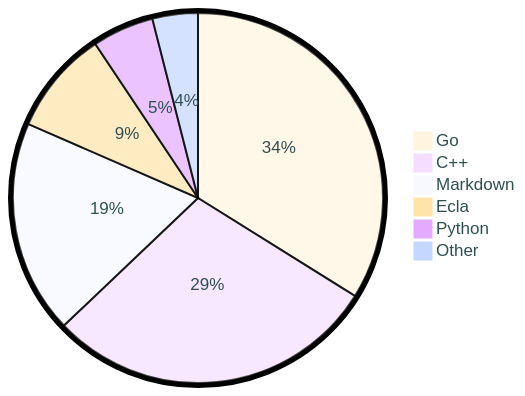
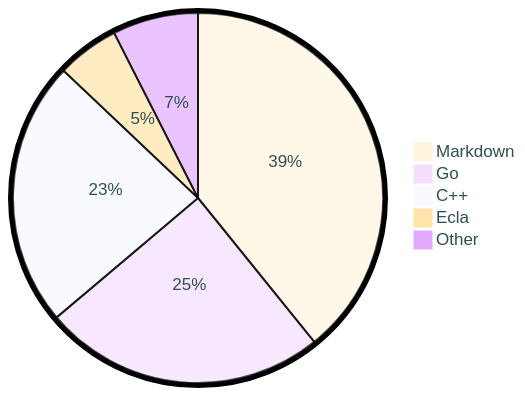
One commit to tot0p/tot0p changed the diagram in README.md. Above: the diagram before and after it, drawn with Mermaid. The commit also changed other lines of this file, not shown here.

````diff
--- a/README.md
+++ b/README.md
@@ -86,10 +86,9 @@
 ```mermaid
 %%{init: {"pie": {"textPosition": 0.5}, "themeVariables": {"pieOuterStrokeWidth": "5px","primaryTextColor" : "#2F4F4F"},"theme":"base"} }%%
 pie
-	"Go": 33.88
-	"C++": 29.02
-	"Markdown": 18.64
-	"Ecla": 9.1
-	"Python": 5.39
-	"Other": 3.9699999999999993
+	"Markdown": 39.18
+	"Go": 24.65
+	"C++": 23.23
+	"Ecla": 5.45
+	"Other": 7.479999999999999
 ```
````
